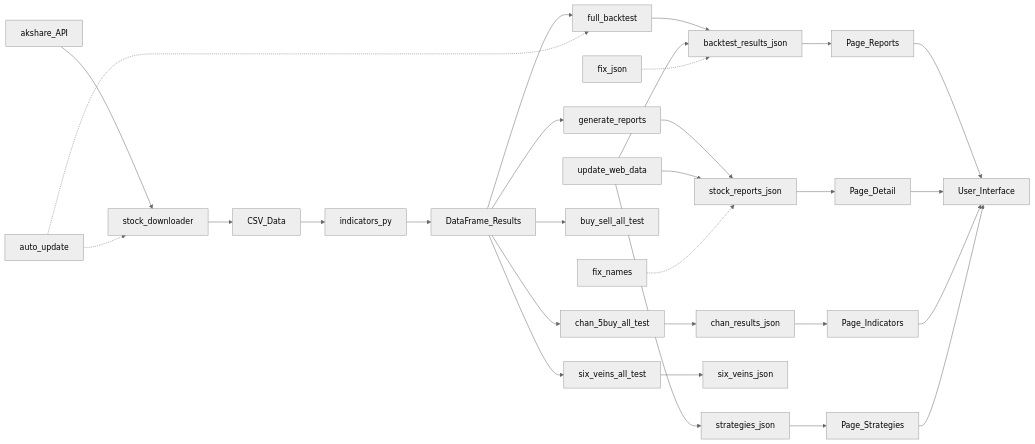
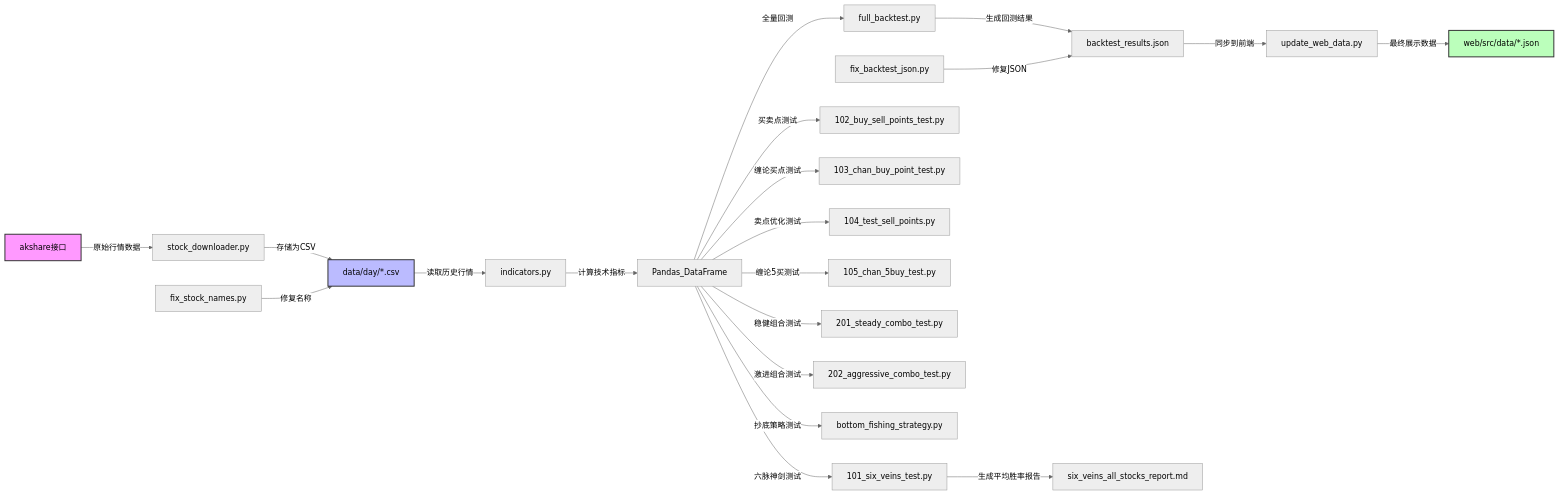
One commit to zdsy-aa/tdx-strategy-backtest changed the diagram in 回测系统详细开发说明.md. Above: the diagram before and after it, drawn with Mermaid (neutral theme). The commit also changed other lines of this file and 4 other files, not shown here.

Commit message:
docs: 重新设计数据流转图，增加中文注释，校准脚本名称，删除冗余脚本

````diff
--- a/回测系统详细开发说明.md
+++ b/回测系统详细开发说明.md
@@ -24,38 +24,38 @@
 ```mermaid
 graph LR
-    A[akshare_API] --> B[stock_downloader]
-    B --> C[CSV_Data]
+    %% 数据源层
+    API[akshare接口] -- 原始行情数据 --> DL[stock_downloader.py]
+    DL -- 存储为CSV --> CSV[data/day/*.csv]
     
-    C --> D[indicators_py]
-    D --> E[DataFrame_Results]
+    %% 核心计算层
+    CSV -- 读取历史行情 --> IND[indicators.py]
+    IND -- 计算技术指标 --> DF[Pandas_DataFrame]
     
-    E --> F[full_backtest]
-    E --> G[generate_reports]
-    E --> H[chan_5buy_all_test]
-    E --> F1[six_veins_all_test]
-    E --> F2[buy_sell_all_test]
+    %% 策略回测层
+    DF -- 全量回测 --> FB[full_backtest.py]
+    DF -- 六脉神剑测试 --> T101[101_six_veins_test.py]
+    DF -- 买卖点测试 --> T102[102_buy_sell_points_test.py]
+    DF -- 缠论买点测试 --> T103[103_chan_buy_point_test.py]
+    DF -- 卖点优化测试 --> T104[104_test_sell_points.py]
+    DF -- 缠论5买测试 --> T105[105_chan_5buy_test.py]
+    DF -- 稳健组合测试 --> T201[201_steady_combo_test.py]
+    DF -- 激进组合测试 --> T202[202_aggressive_combo_test.py]
+    DF -- 抄底策略测试 --> BFS[bottom_fishing_strategy.py]
     
-    F --> I[backtest_results_json]
-    G --> J[stock_reports_json]
-    H --> K[chan_results_json]
-    F1 --> I1[six_veins_json]
+    %% 结果输出层
+    FB -- 生成回测结果 --> BT_JSON[backtest_results.json]
+    T101 -- 生成平均胜率报告 --> R101[six_veins_all_stocks_report.md]
     
-    L[update_web_data] --> I
-    L --> J
-    L --> M[strategies_json]
+    %% 数据同步层
+    BT_JSON -- 同步到前端 --> UWD[update_web_data.py]
+    UWD -- 最终展示数据 --> WEB_JSON[web/src/data/*.json]
     
-    X[auto_update] -.-> B
-    X -.-> F
-    Y[fix_names] -.-> J
-    Z[fix_json] -.-> I
+    %% 辅助工具
+    FIX1[fix_stock_names.py] -- 修复名称 --> CSV
+    FIX2[fix_backtest_json.py] -- 修复JSON --> BT_JSON
     
-    I --> N[Page_Reports]
-    J --> O[Page_Detail]
-    K --> P1[Page_Indicators]
-    M --> Q1[Page_Strategies]
-    
-    N --> U[User_Interface]
-    O --> U
-    P1 --> U
-    Q1 --> U
+    %% 样式定义
+    style API fill:#f9f,stroke:#333,stroke-width:2px
+    style CSV fill:#bbf,stroke:#333,stroke-width:2px
+    style WEB_JSON fill:#bfb,stroke:#333,stroke-width:2px
 ```
````
